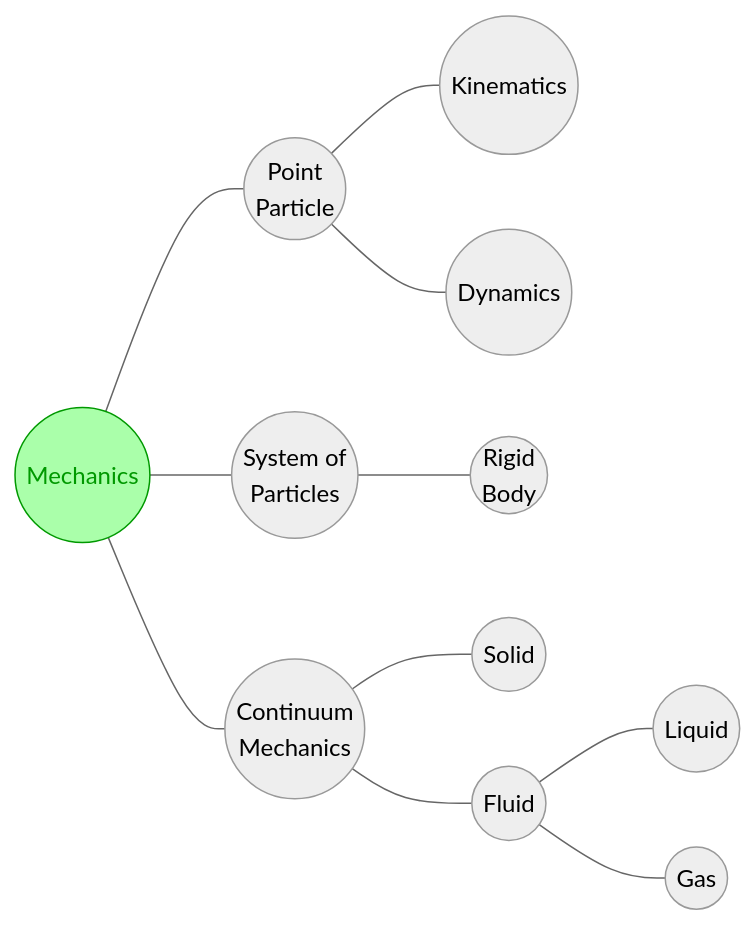
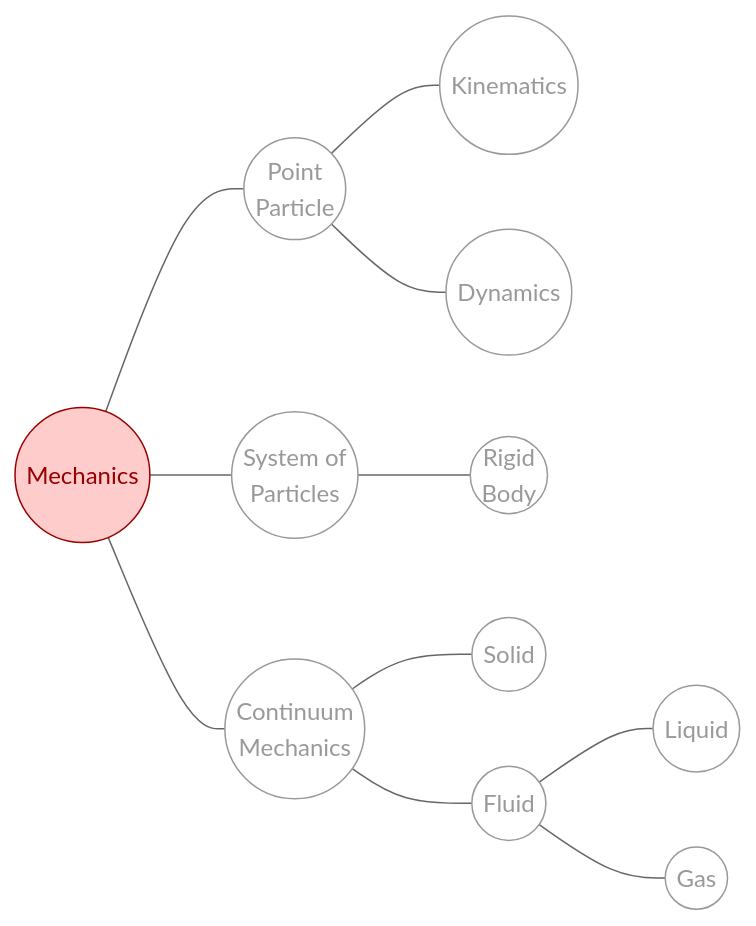
The diagram in maps/phys/mech/README.md (dudung/moparc), drawn with Mermaid (neutral theme) before and after one commit. The commit also changed 1 other file, not shown here.

Commit message:
updates style with default

````diff
--- a/maps/phys/mech/README.md
+++ b/maps/phys/mech/README.md
@@ -4,27 +4,28 @@
 ```mermaid
 flowchart LR
   %% links
   mech --- poin & sysp & cont
   poin --- kine & dyne
   sysp --- rigi
   cont --- soli & flui
   flui --- liqu & gase
   %% elements
   mech(( Mechanics ))
     poin(( Point<br>Particle ))
       kine(( Kinematics ))
       dyne(( Dynamics ))
     sysp(( System of<br>Particles ))
       rigi(( Rigid<br>Body ))
     cont(( Continuum<br>Mechanics ))
       soli(( Solid ))
       flui(( Fluid ))
         liqu(( Liquid ))
         gase(( Gas ))
   %% pages
   click mech "https://github.com/dudung/moparc/tree/main/maps/phys" _self
   %% styles
-  classDef prev fill:#afa,stroke:#090,stroke-width:1px,color:#090;
-  classDef next fill:#ccf,stroke:#009,stroke-width:1px,color:#009;
+  classDef default fill:#fff,stroke:#999,stroke-width:1px,color:#999;
+  classDef prev fill:#fcc,stroke:#900,stroke-width:1px,color:#900;
+  classDef next fill:#afa,stroke:#090,stroke-width:1px,color:#090;
   class mech prev;
 ```
````
